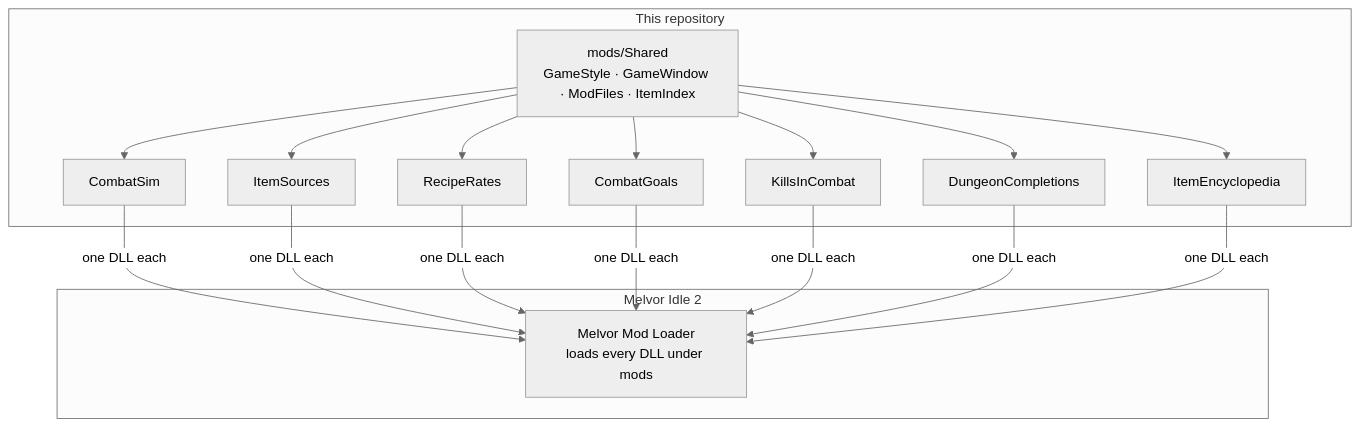
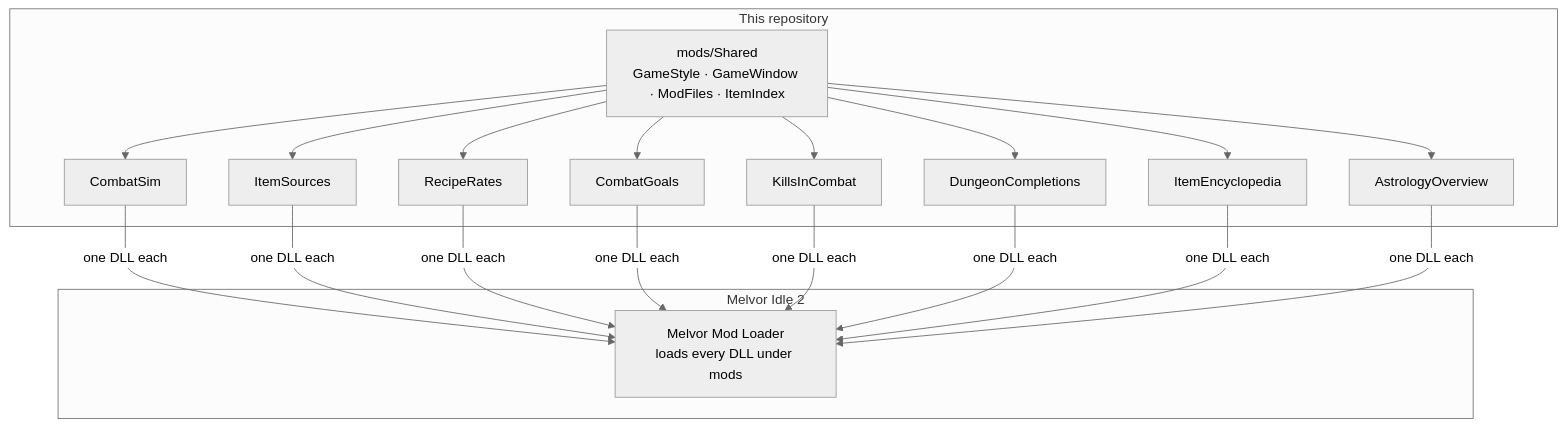
One commit to 149segolte/melvor-idle-2-qol-mods changed the diagram in README.md. Above: the diagram before and after it, drawn with Mermaid (neutral theme). The commit also changed other lines of this file and 22 other files, not shown here.

First line of the commit message:
Astrology Overview, a new mod: every constellation in one list (#31)

````diff
--- a/README.md
+++ b/README.md
@@ -176,18 +186,19 @@
 ```mermaid
 flowchart TB
     subgraph game["Melvor Idle 2"]
         L["Melvor Mod Loader<br/>loads every DLL under mods"]
     end
     subgraph repo["This repository"]
         S["mods/Shared<br/>GameStyle · GameWindow · ModFiles · ItemIndex"]
         M1["CombatSim"]
         M2["ItemSources"]
         M3["RecipeRates"]
         M4["CombatGoals"]
         M5["KillsInCombat"]
         M6["DungeonCompletions"]
         M7["ItemEncyclopedia"]
+        M8["AstrologyOverview"]
     end
-    S --> M1 & M2 & M3 & M4 & M5 & M6 & M7
-    M1 & M2 & M3 & M4 & M5 & M6 & M7 -->|"one DLL each"| L
+    S --> M1 & M2 & M3 & M4 & M5 & M6 & M7 & M8
+    M1 & M2 & M3 & M4 & M5 & M6 & M7 & M8 -->|"one DLL each"| L
 ```
````
